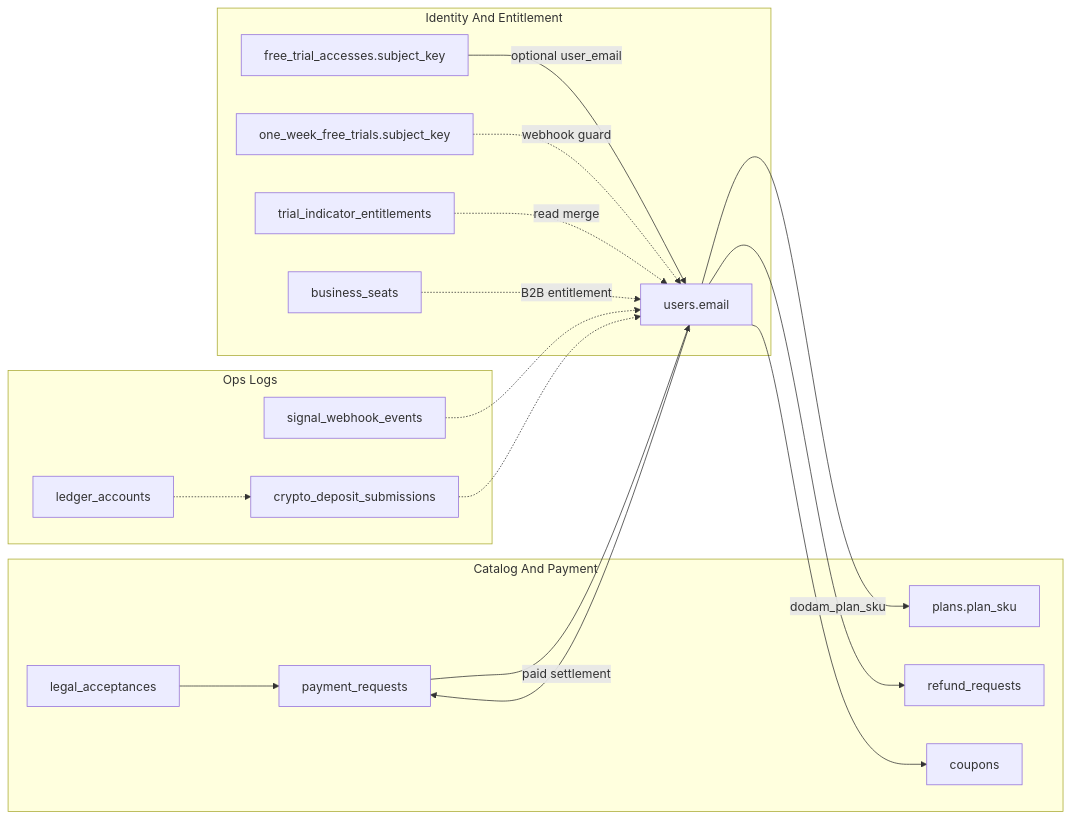
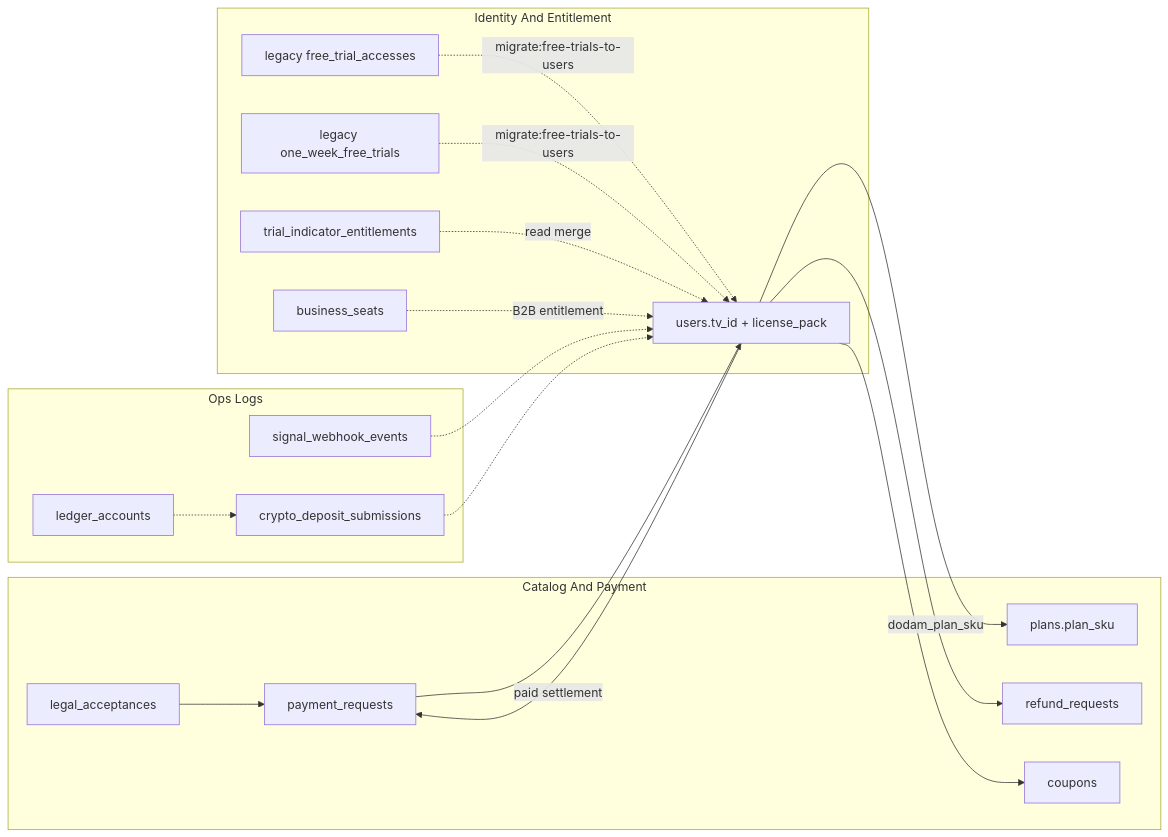
One commit to gjg00000-arch/happyinvest-site changed the diagram in docs/GEMINI-MONGODB-BRIEFING.md. Above: the diagram before and after it, drawn with Mermaid. The commit also changed other lines of this file and 7 other files, not shown here.

````diff
--- a/docs/GEMINI-MONGODB-BRIEFING.md
+++ b/docs/GEMINI-MONGODB-BRIEFING.md
@@ -92,38 +101,38 @@
 ```mermaid
 flowchart LR
   subgraph commerce [Catalog And Payment]
     plans["plans.plan_sku"]
     paymentRequests["payment_requests"]
     legalAcceptances["legal_acceptances"]
     refunds["refund_requests"]
     coupons["coupons"]
   end
 
   subgraph identity [Identity And Entitlement]
-    users["users.email"]
-    freeTrial["free_trial_accesses.subject_key"]
-    oneWeek["one_week_free_trials.subject_key"]
+    users["users.tv_id + license_pack"]
+    freeTrial["legacy free_trial_accesses"]
+    oneWeek["legacy one_week_free_trials"]
     legacyEnt["trial_indicator_entitlements"]
     seats["business_seats"]
   end
 
   subgraph ops [Ops Logs]
     signals["signal_webhook_events"]
     crypto["crypto_deposit_submissions"]
     ledger["ledger_accounts"]
   end
 
   users -->|"dodam_plan_sku"| plans
   users --> paymentRequests
   legalAcceptances --> paymentRequests
   paymentRequests -->|"paid settlement"| users
   users --> refunds
   users --> coupons
-  freeTrial -->|"optional user_email"| users
-  oneWeek -.->|"webhook guard"| users
+  freeTrial -.->|"migrate:free-trials-to-users"| users
+  oneWeek -.->|"migrate:free-trials-to-users"| users
   legacyEnt -.->|"read merge"| users
   seats -.->|"B2B entitlement"| users
   signals -.-> users
   crypto -.-> users
   ledger -.-> crypto
 ```
````
